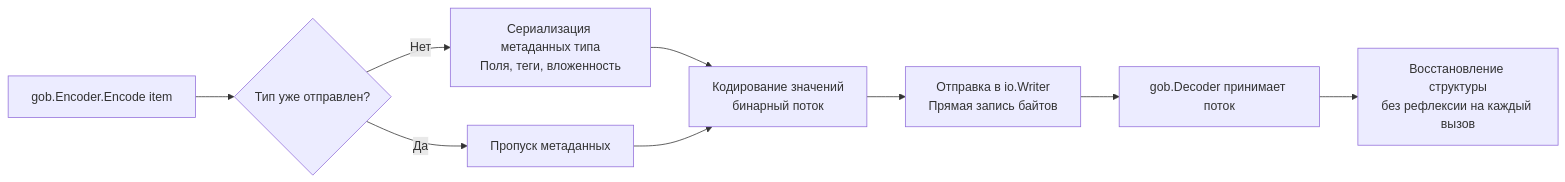
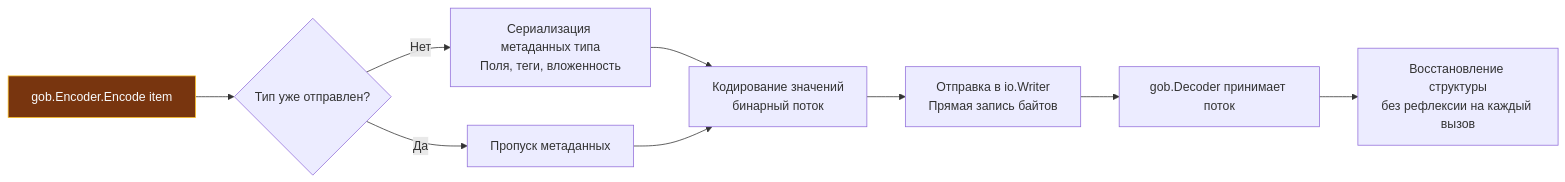
Before and after one commit to UnrealTemplier/go-textbook: the diagram in sources/6. Стандартная библиотека Go/30. encoding_xml, csv, gob и другие форматы сериализации.md, drawn with Mermaid. The commit also changed 1666 other files, not shown here.

First line of the commit message:
feat(mermaid): add semantic color classDef to 1369 colorless flowchart/graph diagrams

````diff
--- a/sources/6. Стандартная библиотека Go/30. encoding_xml, csv, gob и другие форматы сериализации.md
+++ b/sources/6. Стандартная библиотека Go/30. encoding_xml, csv, gob и другие форматы сериализации.md
@@ -95,11 +95,21 @@
 ```mermaid
 flowchart LR
-    A["gob.Encoder.Encode item"] --> B{"Тип уже отправлен?"}
+    classDef process  fill:#1e293b,stroke:#38bdf8,stroke-width:1px,color:#f8fafc
+    classDef success  fill:#064e3b,stroke:#34d399,stroke-width:1px,color:#f8fafc
+    classDef error    fill:#7f1d1d,stroke:#f87171,stroke-width:1px,color:#f8fafc
+    classDef warning  fill:#78350f,stroke:#fbbf24,stroke-width:1px,color:#f8fafc
+    classDef entry    fill:#1e3a5f,stroke:#38bdf8,stroke-width:2px,color:#f8fafc
+    classDef aux      fill:#334155,stroke:#64748b,stroke-width:1px,color:#f8fafc
+    classDef system   fill:#312e81,stroke:#a78bfa,stroke-width:1px,color:#f8fafc
+    classDef data     fill:#132d29,stroke:#2dd4bf,stroke-width:1px,color:#f8fafc
+    classDef network  fill:#881337,stroke:#fb7185,stroke-width:1px,color:#f8fafc
+    classDef accent   fill:#1e1b4b,stroke:#818cf8,stroke-width:1px,color:#f8fafc
+    A["gob.Encoder.Encode item"]:::warning --> B{"Тип уже отправлен?"}
     B -->|Нет| C["Сериализация метаданных типа<br>Поля, теги, вложенность"]
     B -->|Да| D["Пропуск метаданных"]
     C --> E["Кодирование значений<br>бинарный поток"]
     D --> E
     E --> F["Отправка в io.Writer<br>Прямая запись байтов"]
     F --> G["gob.Decoder принимает поток"]
     G --> H["Восстановление структуры<br>без рефлексии на каждый вызов"]
 ```
````
